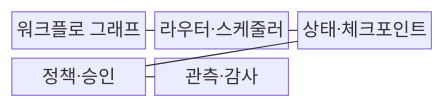
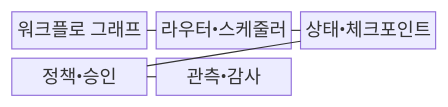
One commit to agnusdei1207/knowledge-base changed the first of 2 diagrams in src/content/docs/notes/08-latest-tech/014_agent_orchestration.md. Above: the diagram before and after it, drawn with Mermaid. The commit also changed other lines of this file and 953 other files, not shown here.

````diff
--- a/src/content/docs/notes/08-latest-tech/014_agent_orchestration.md
+++ b/src/content/docs/notes/08-latest-tech/014_agent_orchestration.md
@@ -73,13 +73,13 @@
 ```mermaid
 block-beta
     columns 3
     G["워크플로 그래프"]
-    R["라우터·스케줄러"]
-    S["상태·체크포인트"]
-    P["정책·승인"]
-    A["관측·감사"]
+    R["라우터•스케줄러"]
+    S["상태•체크포인트"]
+    P["정책•승인"]
+    A["관측•감사"]
     G --- R
     R --- S
     S --- P
     P --- A
 ```
````
